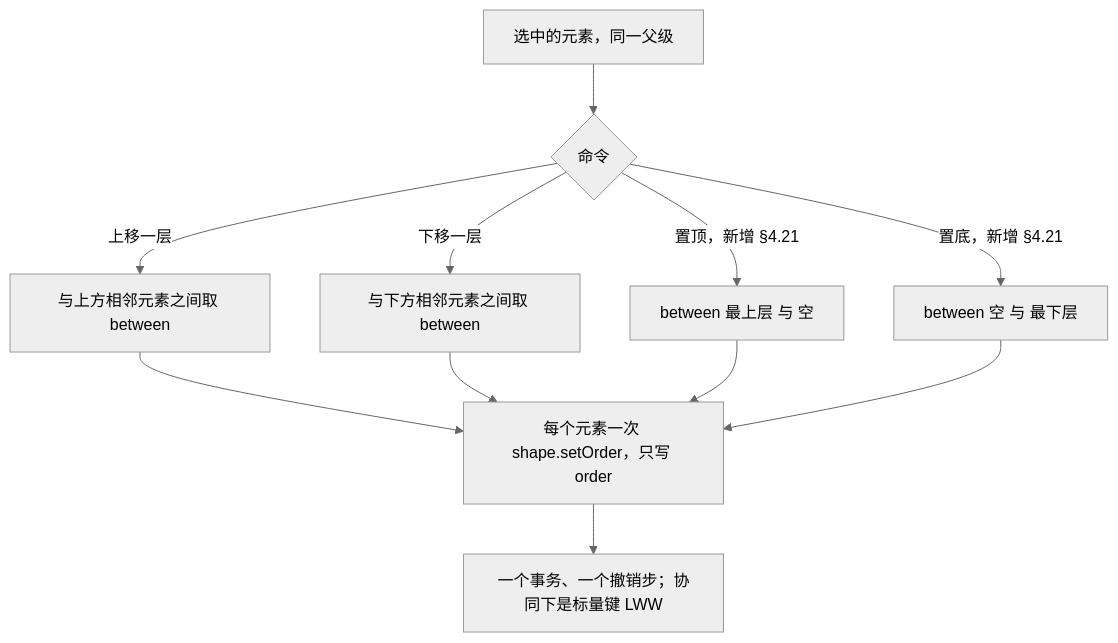
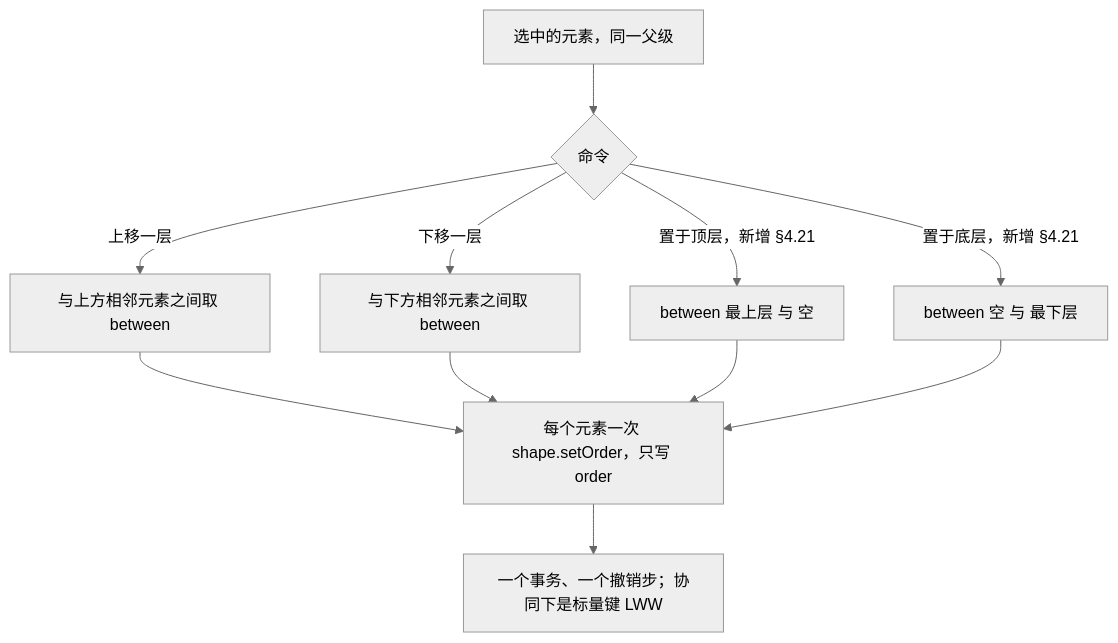
One commit to Xeonice/cordis-ppt-editor changed the seventh of 35 diagrams in docs/50-frontend/18-editor-capabilities.md. Above: the diagram before and after it, drawn with Mermaid (neutral theme). The commit also changed other lines of this file and 10 other files, not shown here.

````diff
--- a/docs/50-frontend/18-editor-capabilities.md
+++ b/docs/50-frontend/18-editor-capabilities.md
@@ -359,13 +359,13 @@
 ```mermaid
 flowchart TB
   sel["选中的元素，同一父级"] --> which{"命令"}
   which -->|"上移一层"| f1["与上方相邻元素之间取 between"]
   which -->|"下移一层"| f2["与下方相邻元素之间取 between"]
-  which -->|"置顶，新增 §4.21"| f3["between 最上层 与 空"]
-  which -->|"置底，新增 §4.21"| f4["between 空 与 最下层"]
+  which -->|"置于顶层，新增 §4.21"| f3["between 最上层 与 空"]
+  which -->|"置于底层，新增 §4.21"| f4["between 空 与 最下层"]
   f1 --> w["每个元素一次 shape.setOrder，只写 order"]
   f2 --> w
   f3 --> w
   f4 --> w
   w --> tx["一个事务、一个撤销步；协同下是标量键 LWW"]
 ```
````
